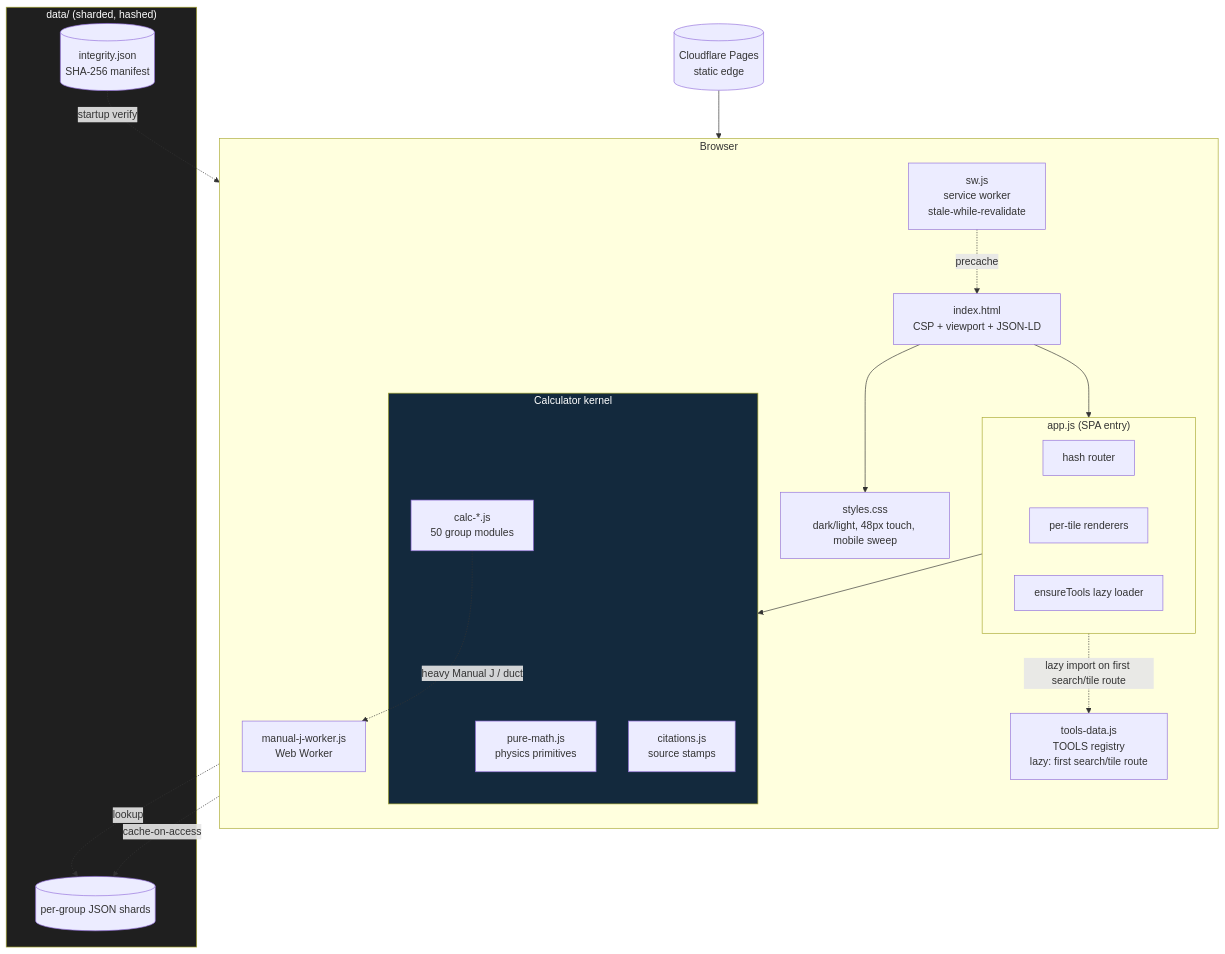
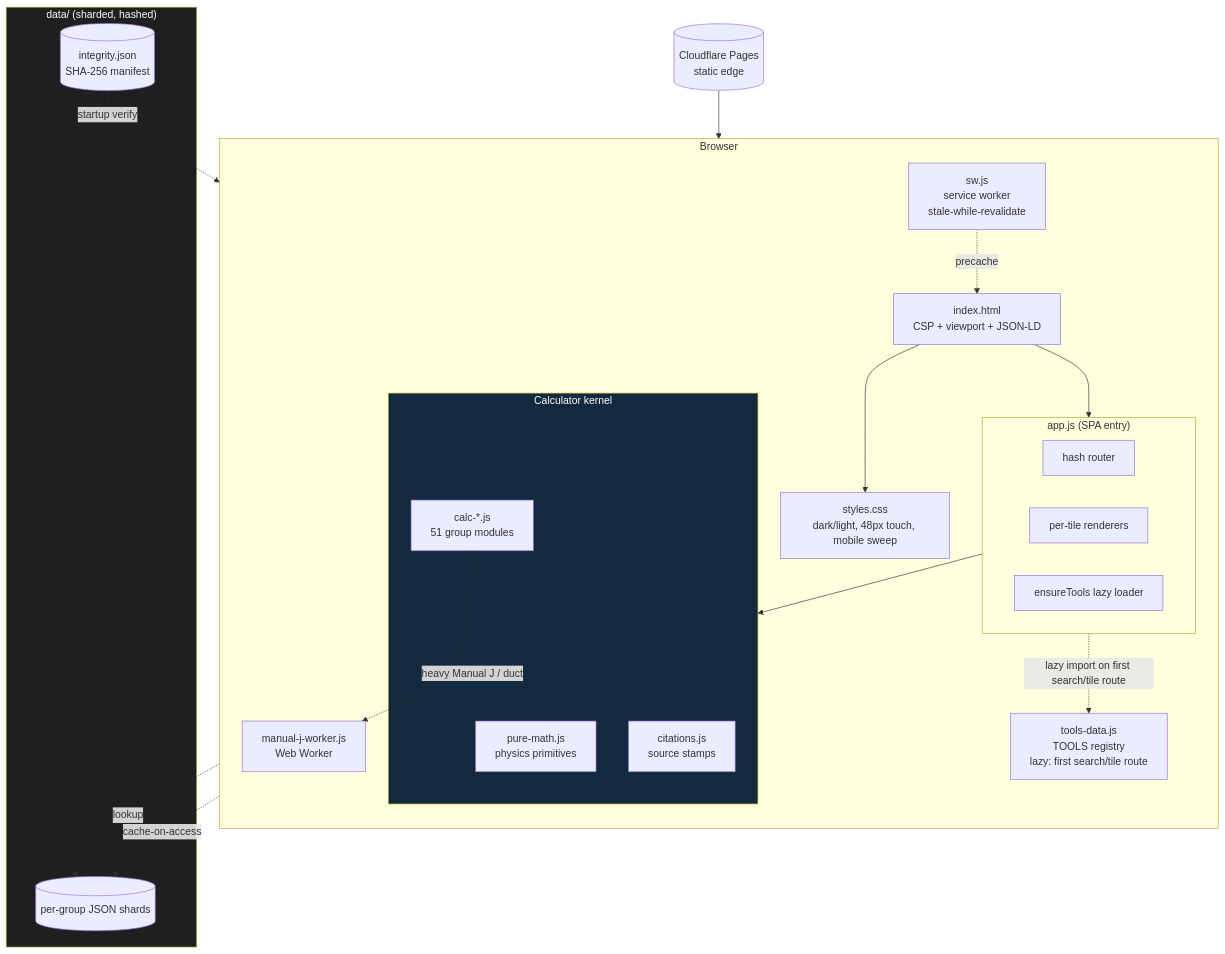
One commit to clay-good/roughlogic.com changed the second of 8 diagrams in README.md. Above: the diagram before and after it, drawn with Mermaid. The commit also changed other lines of this file and 25 other files, not shown here.

````diff
--- a/README.md
+++ b/README.md
@@ -120,39 +120,39 @@
 ```mermaid
 flowchart TB
     subgraph Browser
         direction TB
         HTML[index.html\nCSP + viewport + JSON-LD]
         CSS[styles.css\ndark/light, 48px touch, mobile sweep]
         subgraph App["app.js (SPA entry)"]
             ROUTE[hash router]
             RENDER[per-tile renderers]
             ENSURE[ensureTools lazy loader]
         end
         TOOLS[tools-data.js\nTOOLS registry\nlazy: first search/tile route]
         subgraph Calc["Calculator kernel"]
             PM[pure-math.js\nphysics primitives]
-            CALC[calc-*.js\n50 group modules]
+            CALC[calc-*.js\n51 group modules]
             CIT[citations.js\nsource stamps]
         end
         SW[sw.js\nservice worker\nstale-while-revalidate]
         WORKER[manual-j-worker.js\nWeb Worker]
     end
     subgraph Data["data/ (sharded, hashed)"]
         SHARDS[(per-group JSON shards)]
         INTEG[(integrity.json\nSHA-256 manifest)]
     end
     CDN[(Cloudflare Pages\nstatic edge)]
 
     CDN --> HTML
     HTML --> CSS
     HTML --> App
     App -.lazy import on first search/tile route.-> TOOLS
     App --> Calc
     CALC -.->|heavy Manual J / duct| WORKER
     CALC -.->|lookup| SHARDS
     SW -.precache.-> HTML
     SW -.cache-on-access.-> SHARDS
     INTEG -.startup verify.-> App
     style Calc fill:#13293d,color:#fff
     style Data fill:#1f1f1f,color:#fff
 ```
````
